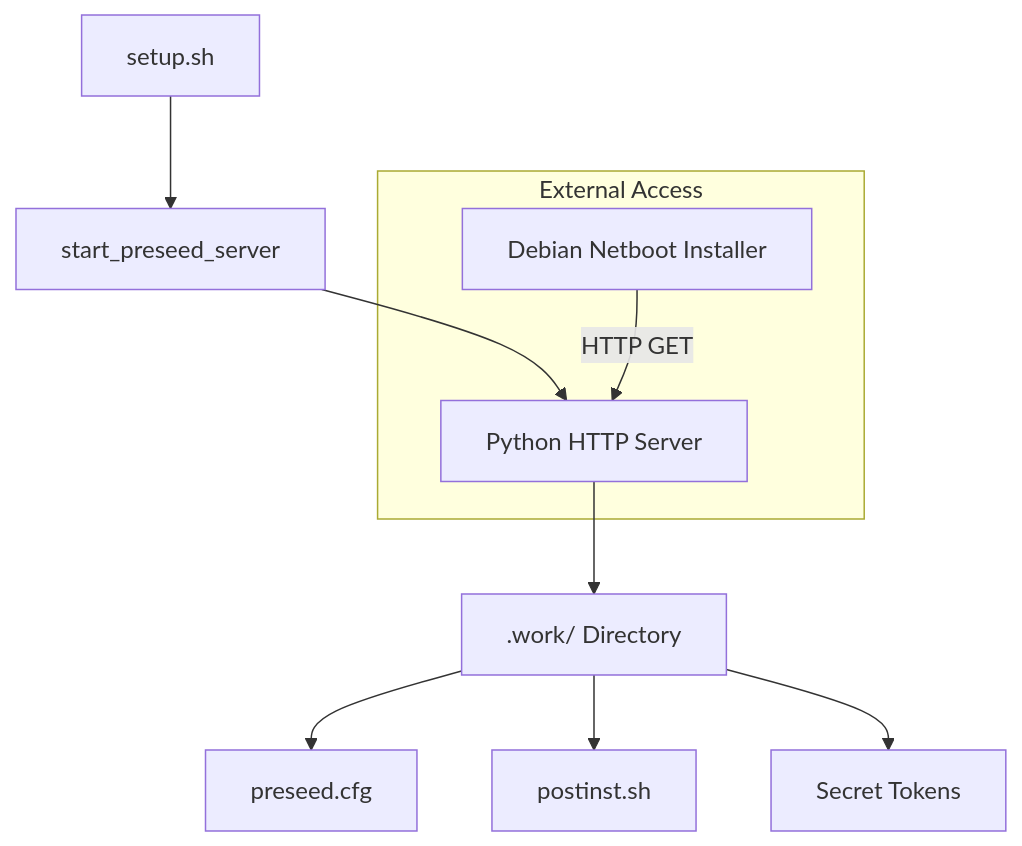
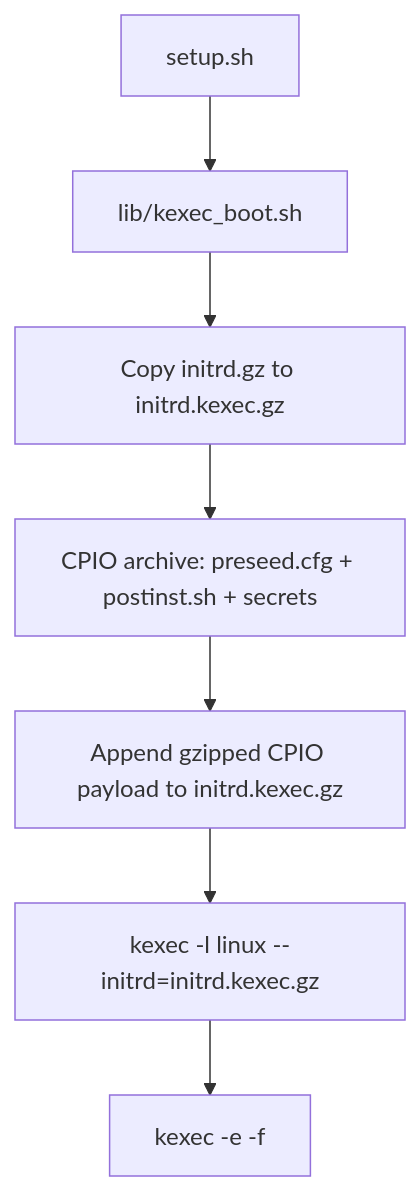
Before and after one commit to aadilxgit/vps-setup: the first of 2 diagrams in .cubic/wiki/02-section-architecture/03-page-kexec-boot.md, drawn with Mermaid. The commit also changed other lines of this file and 10 other files, not shown here.

First line of the commit message:
fix(security): close critical installer bugs — fail-closed assets, HTTPS-only mirrors, crypto partition, SHA256 filter

````diff
--- a/.cubic/wiki/02-section-architecture/03-page-kexec-boot.md
+++ b/.cubic/wiki/02-section-architecture/03-page-kexec-boot.md
@@ -39,13 +40,9 @@
 ```mermaid
 flowchart TD
-    Setup[setup.sh] --> StartServer[start_preseed_server]
-    StartServer --> PythonHTTPServer[Python HTTP Server]
-    PythonHTTPServer --> Assets[.work/ Directory]
-    Assets --> Preseed[preseed.cfg]
-    Assets --> Postinst[postinst.sh]
-    Assets --> Secrets[Secret Tokens]
-    
-    subgraph "External Access"
-    DebianInstaller[Debian Netboot Installer] -- HTTP GET --> PythonHTTPServer
-    end
+    Setup[setup.sh] --> KexecBoot[lib/kexec_boot.sh]
+    KexecBoot --> CopyInitrd[Copy initrd.gz to initrd.kexec.gz]
+    CopyInitrd --> CpioPack[CPIO archive: preseed.cfg + postinst.sh + secrets]
+    CpioPack --> AppendPayload[Append gzipped CPIO payload to initrd.kexec.gz]
+    AppendPayload --> KexecLoad[kexec -l linux --initrd=initrd.kexec.gz]
+    KexecLoad --> KexecExec[kexec -e -f]
 ```
````
